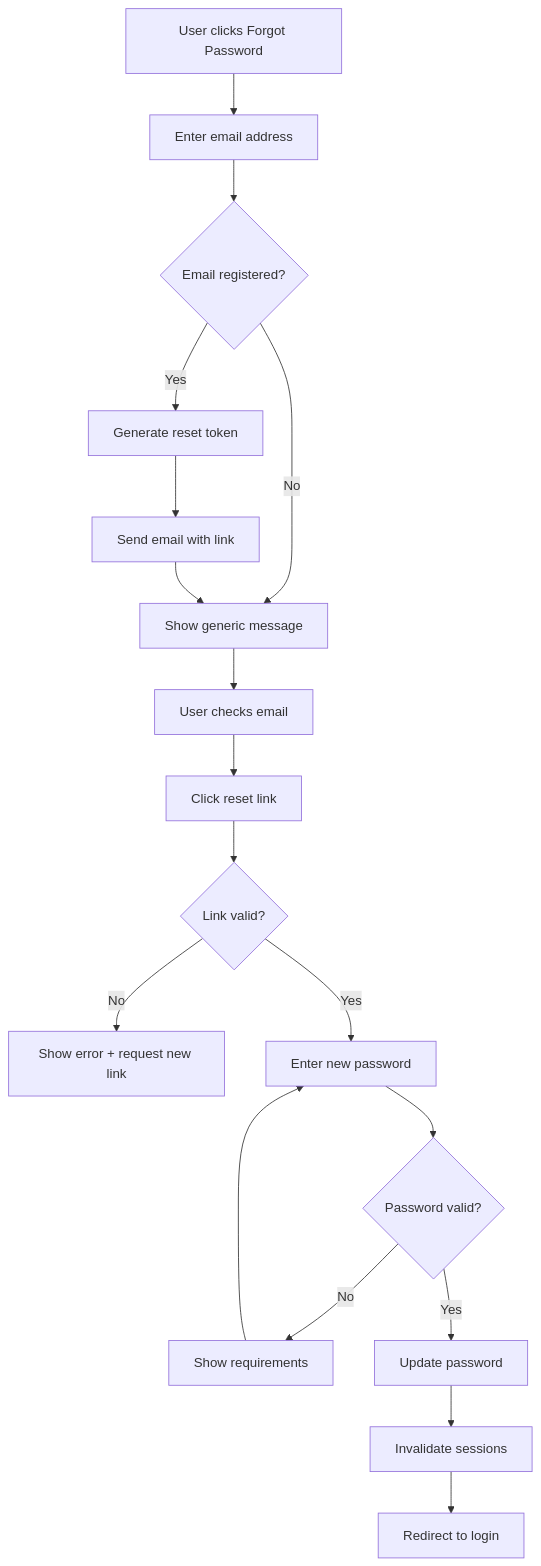
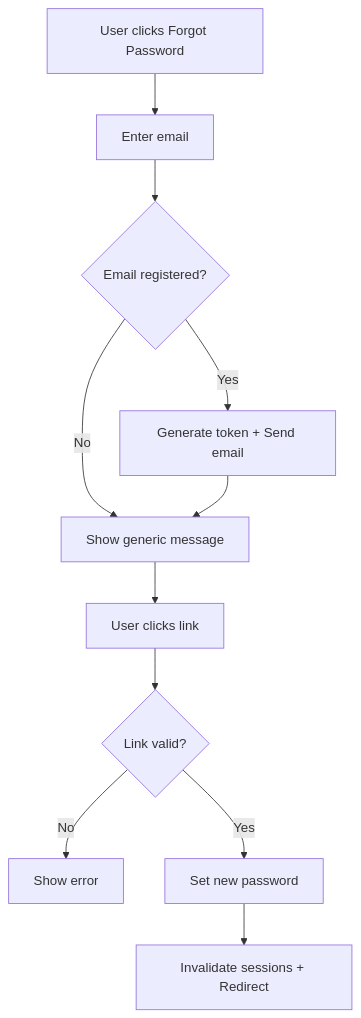
Before and after one commit to edgarjs/dlp: the diagram in requirements/specification.md, drawn with Mermaid. The commit also changed other lines of this file and 3 other files, not shown here.

````diff
--- a/requirements/specification.md
+++ b/requirements/specification.md
@@ -310,20 +320,13 @@
 ```mermaid
 flowchart TD
-    A[User clicks Forgot Password] --> B[Enter email address]
+    A[User clicks Forgot Password] --> B[Enter email]
     B --> C{Email registered?}
-    C -->|Yes| D[Generate reset token]
+    C -->|Yes| D[Generate token + Send email]
     C -->|No| E[Show generic message]
-    D --> F[Send email with link]
-    F --> E
-    E --> G[User checks email]
-    G --> H[Click reset link]
-    H --> I{Link valid?}
-    I -->|No| J[Show error + request new link]
-    I -->|Yes| K[Enter new password]
-    K --> L{Password valid?}
-    L -->|No| M[Show requirements]
-    M --> K
-    L -->|Yes| N[Update password]
-    N --> O[Invalidate sessions]
-    O --> P[Redirect to login]
+    D --> E
+    E --> F[User clicks link]
+    F --> G{Link valid?}
+    G -->|No| H[Show error]
+    G -->|Yes| I[Set new password]
+    I --> J[Invalidate sessions + Redirect]
 ```
````
